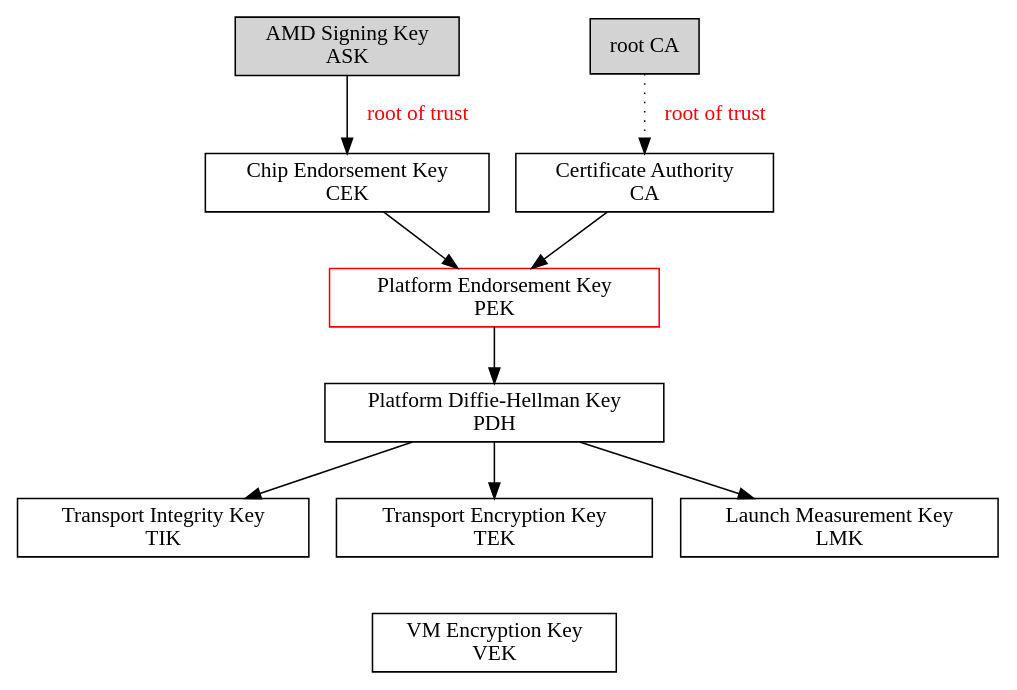
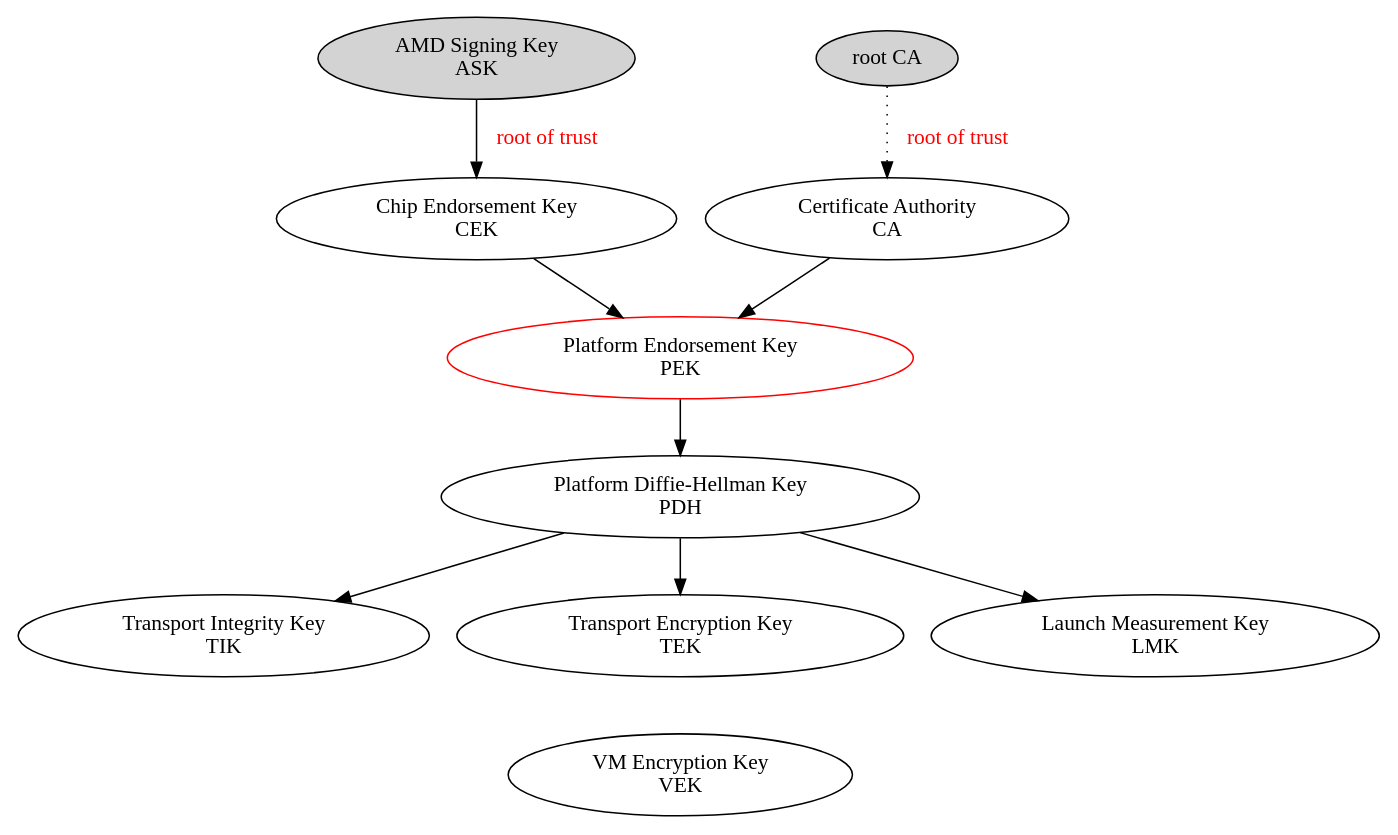
Before and after one commit to fengharry/draw: the diagram in sev_keys.gv, drawn with Graphviz. The commit also changed 17 other files, not shown here.

```diff
--- a/sev_keys.gv
+++ b/sev_keys.gv
@@ -1,32 +1,30 @@
-digraph keys
+digraph hello
 {
-	node[shape = box];
-
 	ASK -> CEK[label = " root of trust"; fontcolor = red];
 	CEK -> PEK -> PDH;
 	ASK[label = "AMD Signing Key \n ASK"; style=filled];
 	CEK[label = "Chip Endorsement Key \n CEK"];
 	PEK[label = "Platform Endorsement Key \n PEK", color = red];
 	PDH[label = "Platform Diffie-Hellman Key \n PDH"];
 
 	root_CA -> CA[label = " root of trust"; fontcolor = red; style = dotted];
 	CA -> PEK;
 	root_CA[label = "root CA"; style = filled];
 	CA[label = "Certificate Authority \n CA"];
 
 	{rank = same; ASK; root_CA}
 
 	{
-	rank = same;
-	TIK[label = "Transport Integrity Key \n TIK"];
-	TEK[label = "Transport Encryption Key \n TEK"];
-	LMK[label = "Launch Measurement Key \n LMK"]
+		rank = same;
+		TIK[label = "Transport Integrity Key \n TIK"];
+		TEK[label = "Transport Encryption Key \n TEK"];
+		LMK[label = "Launch Measurement Key \n LMK"]
 	}
 	VEK[label = "VM Encryption Key \n VEK"];
 
 	PDH -> TIK; 
 	PDH -> TEK; 
 	PDH -> LMK; 
 
 	TEK -> VEK[style = invis];
 }
```
